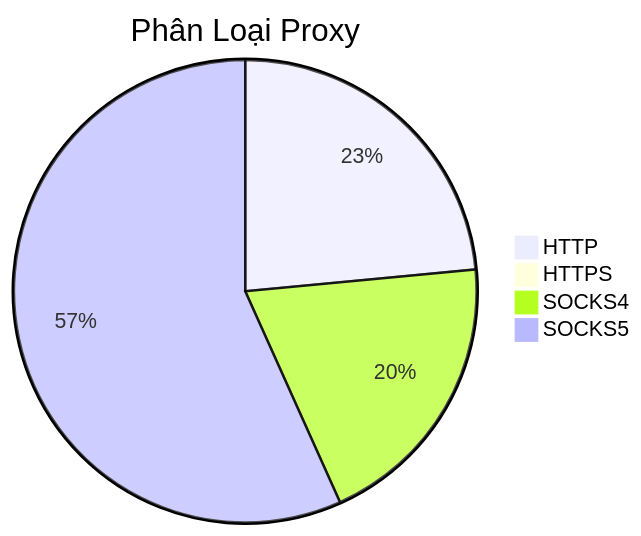
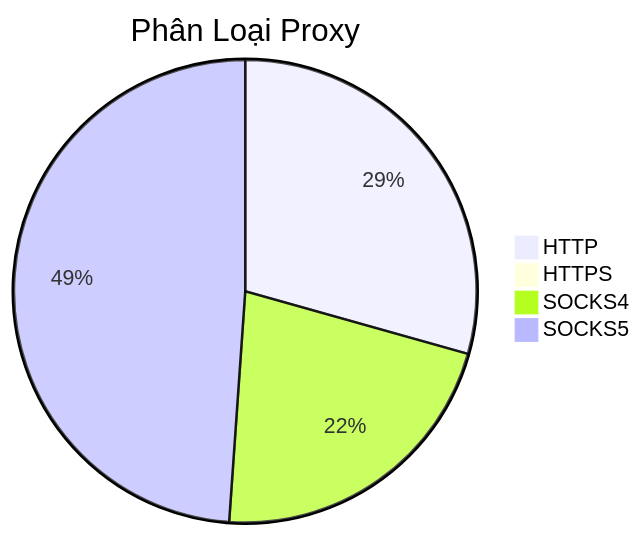
One commit to Ciara-Aa/PROXY-free changed the diagram in README.md. Above: the diagram before and after it, drawn with Mermaid. The commit also changed other lines of this file and 4 other files, not shown here.

````diff
--- a/README.md
+++ b/README.md
@@ -26,7 +26,7 @@
 ```mermaid
 pie title Phân Loại Proxy
-    "HTTP" : 278
-    "HTTPS" : 2
-    "SOCKS4" : 234
-    "SOCKS5" : 671
+    "HTTP" : 397
+    "HTTPS" : 3
+    "SOCKS4" : 294
+    "SOCKS5" : 661
 ```
````
